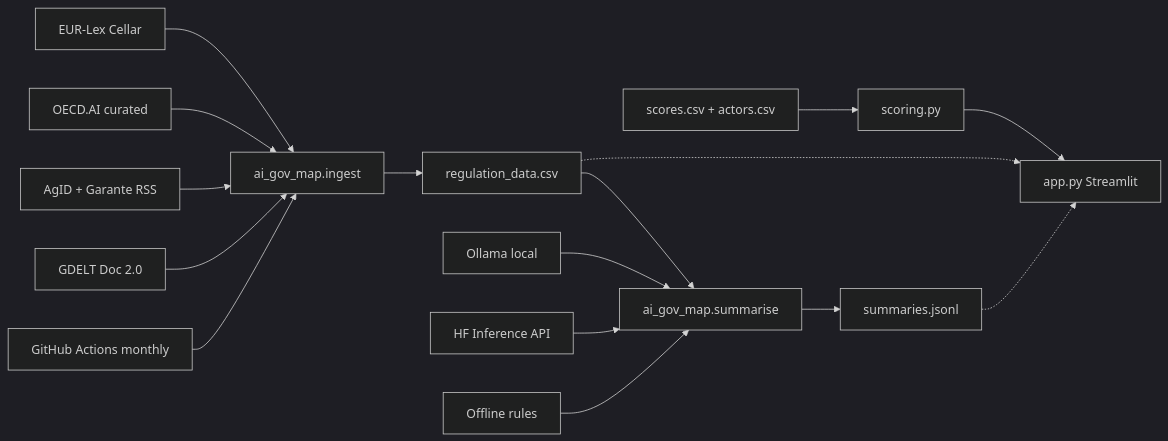
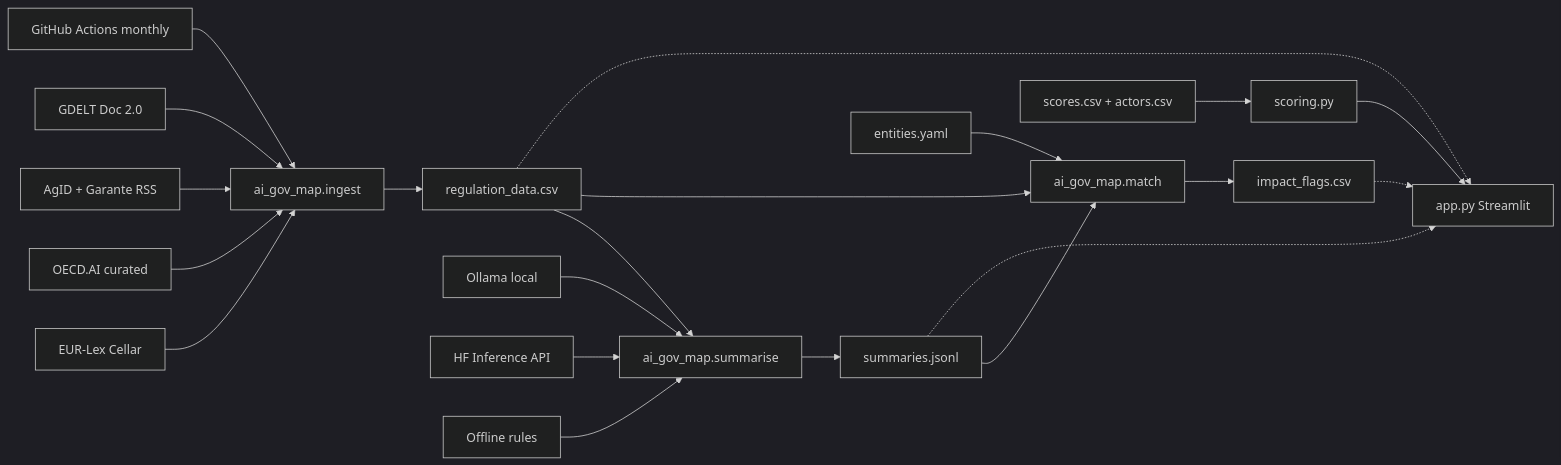
The diagram in README.md (val-3ntin/AI_Governance_map), drawn with Mermaid (dark theme) before and after one commit. The commit also changed other lines of this file and 13 other files, not shown here.

````diff
--- a/README.md
+++ b/README.md
@@ -28,18 +29,23 @@
 ```mermaid
 flowchart LR
   EUR[EUR-Lex Cellar] --> Ingest[ai_gov_map.ingest]
   OECD[OECD.AI curated] --> Ingest
   RSS[AgID + Garante RSS] --> Ingest
   GDELT[GDELT Doc 2.0] --> Ingest
   Ingest --> CSV[regulation_data.csv]
   CSV --> Sum[ai_gov_map.summarise]
   Ollama[Ollama local] --> Sum
   HF[HF Inference API] --> Sum
   Offline[Offline rules] --> Sum
   Sum --> JSONL[summaries.jsonl]
+  CSV --> Match[ai_gov_map.match]
+  Ent[entities.yaml] --> Match
+  JSONL --> Match
+  Match --> Flags[impact_flags.csv]
   Scores[scores.csv + actors.csv] --> Score[scoring.py]
   Score --> App[app.py Streamlit]
   CSV -.-> App
   JSONL -.-> App
+  Flags -.-> App
   GH[GitHub Actions monthly] --> Ingest
 ```
````
